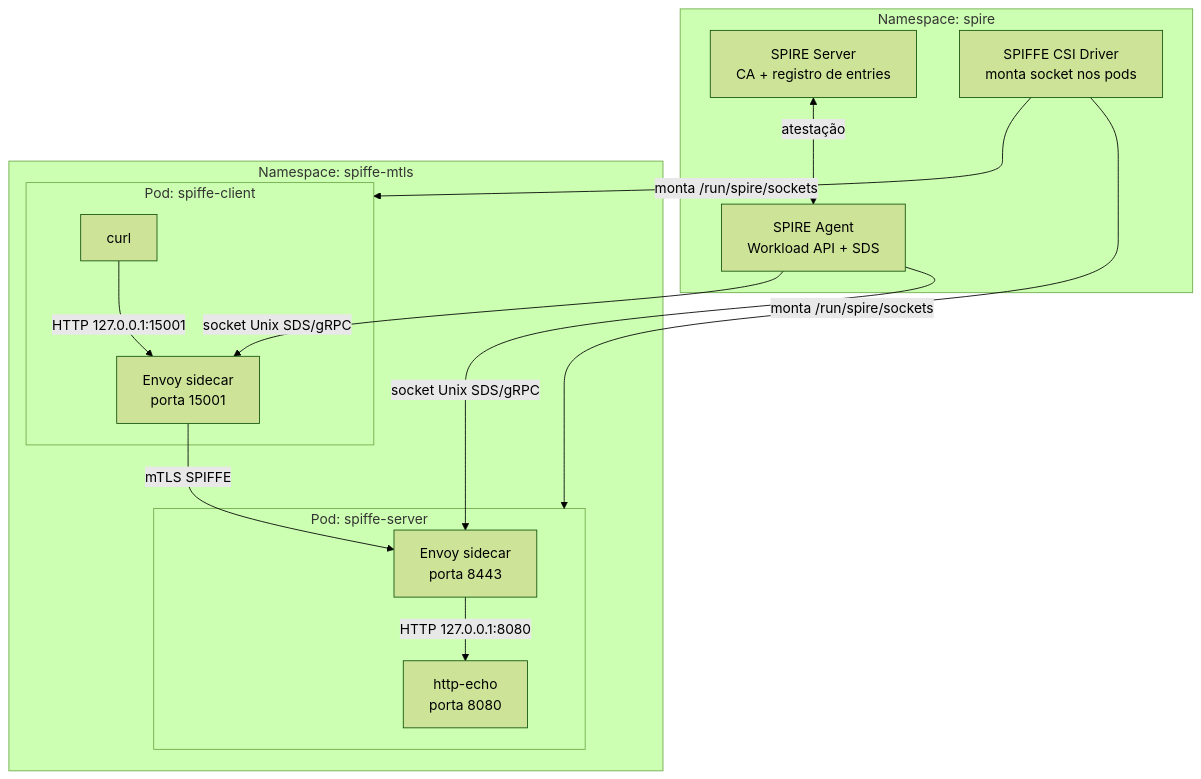
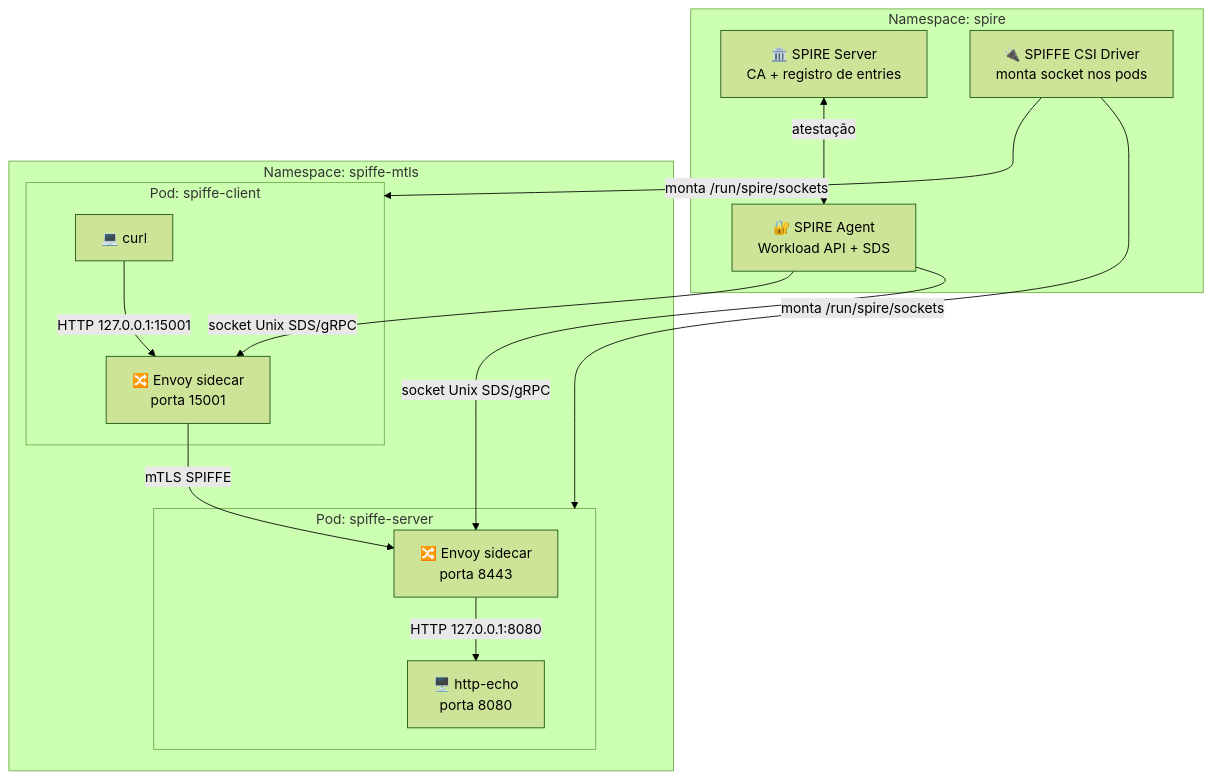
One commit to glmrleite/spiffe-spire-workload-identity-lab changed the first of 3 diagrams in lab02-mtls-envoy/README.md. Above: the diagram before and after it, drawn with Mermaid (forest theme). The commit also changed other lines of this file and 3 other files, not shown here.

````diff
--- a/lab02-mtls-envoy/README.md
+++ b/lab02-mtls-envoy/README.md
@@ -35,29 +35,29 @@
 ```mermaid
 flowchart TB
     subgraph spire["Namespace: spire"]
-        SERVER[SPIRE Server\nCA + registro de entries]
-        AGENT[SPIRE Agent\nWorkload API + SDS]
-        CSI[SPIFFE CSI Driver\nmonta socket nos pods]
+        SERVER["🏛️ SPIRE Server\nCA + registro de entries"]
+        AGENT["🔐 SPIRE Agent\nWorkload API + SDS"]
+        CSI["🔌 SPIFFE CSI Driver\nmonta socket nos pods"]
         SERVER <-->|atestação| AGENT
     end
 
     subgraph mtls["Namespace: spiffe-mtls"]
         subgraph client["Pod: spiffe-client"]
-            CURL[curl]
-            EC[Envoy sidecar\nporta 15001]
+            CURL["💻 curl"]
+            EC["🔀 Envoy sidecar\nporta 15001"]
         end
         subgraph server["Pod: spiffe-server"]
-            ES[Envoy sidecar\nporta 8443]
-            APP[http-echo\nporta 8080]
+            ES["🔀 Envoy sidecar\nporta 8443"]
+            APP["🖥️ http-echo\nporta 8080"]
         end
     end
 
     AGENT -->|socket Unix SDS/gRPC| EC
     AGENT -->|socket Unix SDS/gRPC| ES
     CSI -->|monta /run/spire/sockets| client
     CSI -->|monta /run/spire/sockets| server
 
     CURL -->|HTTP 127.0.0.1:15001| EC
     EC -->|mTLS SPIFFE| ES
     ES -->|HTTP 127.0.0.1:8080| APP
 ```
````
